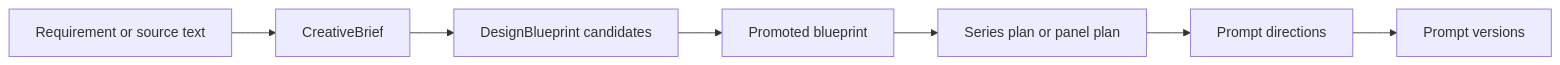
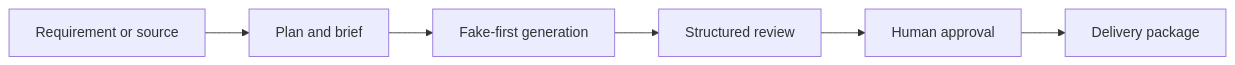
The diagram in docs/ARCHITECTURE.md (sciman-top/ai-content-delivery-studio), drawn with Mermaid before and after one commit. The commit also changed other lines of this file and 245 other files, not shown here.

````diff
--- a/docs/ARCHITECTURE.md
+++ b/docs/ARCHITECTURE.md
@@ -245,9 +22,8 @@
 ```mermaid
 flowchart LR
-    A["Requirement or source text"] --> B["CreativeBrief"]
-    B --> C["DesignBlueprint candidates"]
-    C --> D["Promoted blueprint"]
-    D --> E["Series plan or panel plan"]
-    E --> F["Prompt directions"]
-    F --> G["Prompt versions"]
+    A["Requirement or source"] --> B["Plan and brief"]
+    B --> C["Fake-first generation"]
+    C --> D["Structured review"]
+    D --> E["Human approval"]
+    E --> F["Delivery package"]
 ```
````
